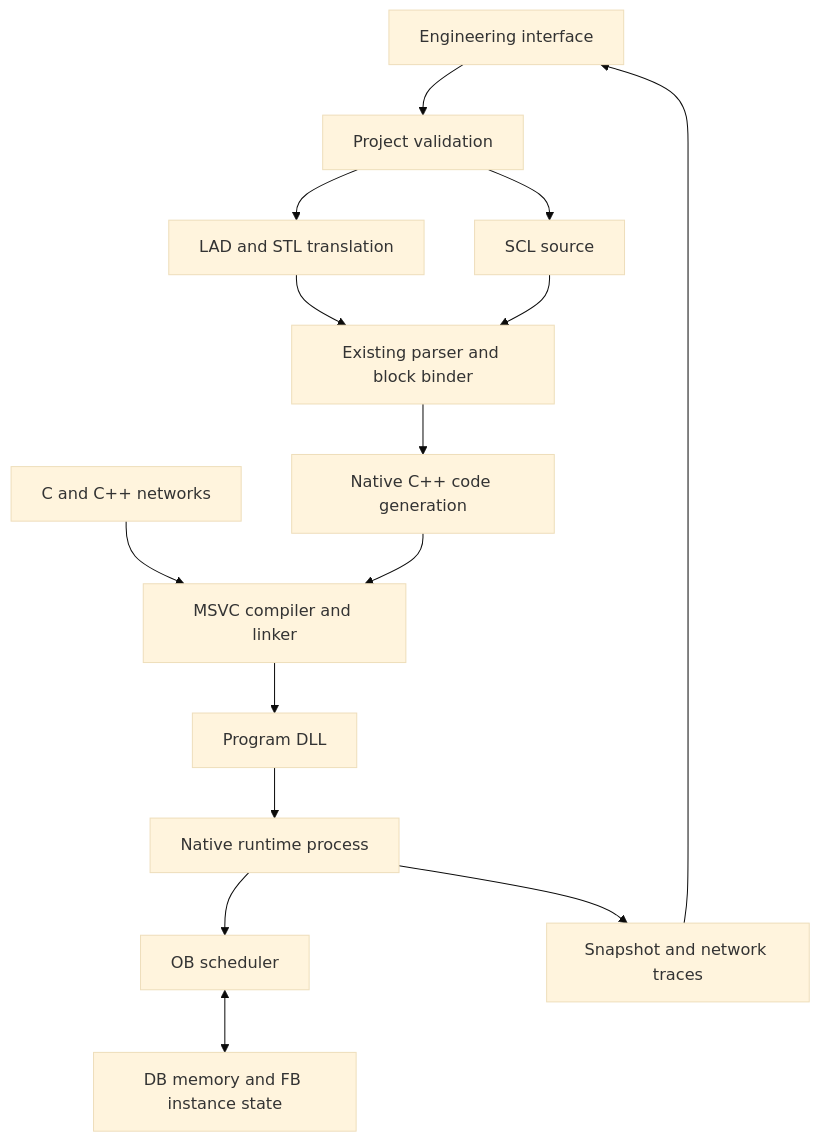
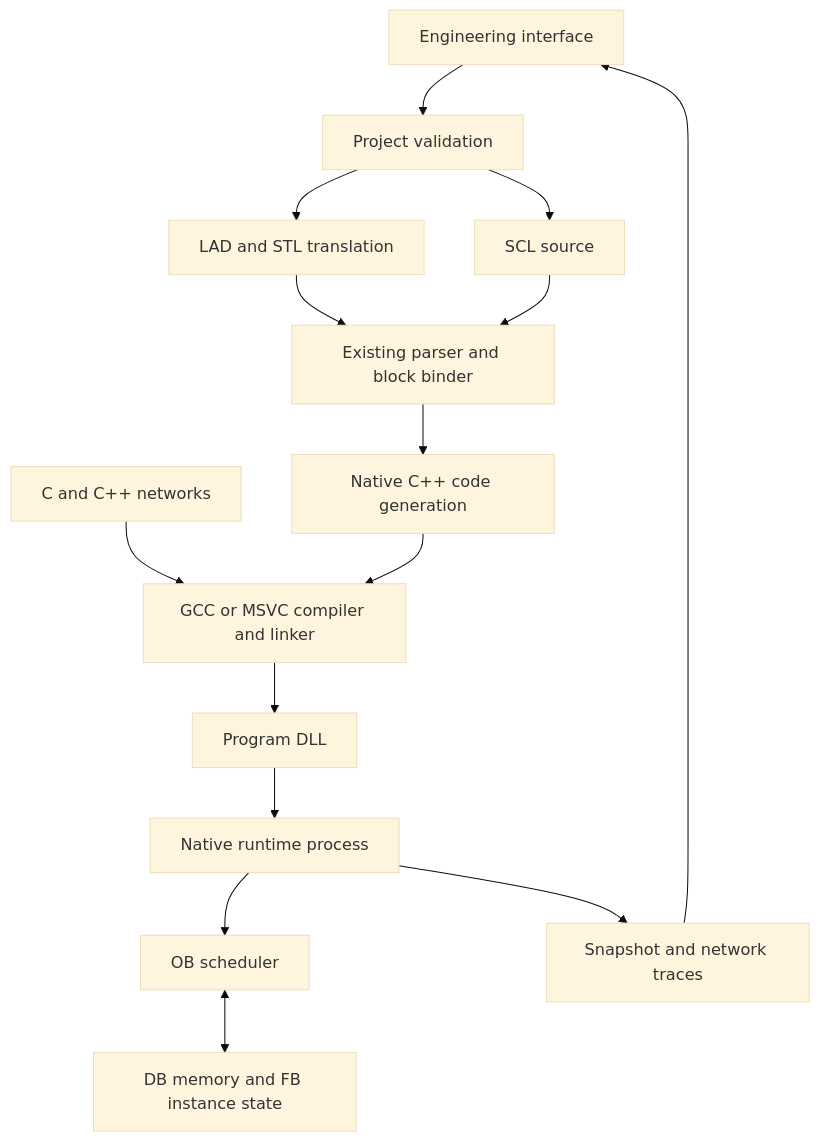
Before and after one commit to Robokks/SOFT-PLC: the diagram in docs/windows-studio.md, drawn with Mermaid (base theme). The commit also changed other lines of this file and 9 other files, not shown here.

````diff
--- a/docs/windows-studio.md
+++ b/docs/windows-studio.md
@@ -43,17 +71,17 @@
 ```mermaid
 flowchart TD
     UI["Engineering interface"] --> P["Project validation"]
     P --> L["LAD and STL translation"]
     P --> S["SCL source"]
     L --> B["Existing parser and block binder"]
     S --> B
     B --> G["Native C++ code generation"]
-    N["C and C++ networks"] --> C["MSVC compiler and linker"]
+    N["C and C++ networks"] --> C["GCC or MSVC compiler and linker"]
     G --> C
     C --> D["Program DLL"]
     D --> R["Native runtime process"]
     R --> O["OB scheduler"]
     O <--> M["DB memory and FB instance state"]
     R --> W["Snapshot and network traces"]
     W --> UI
 ```
````
